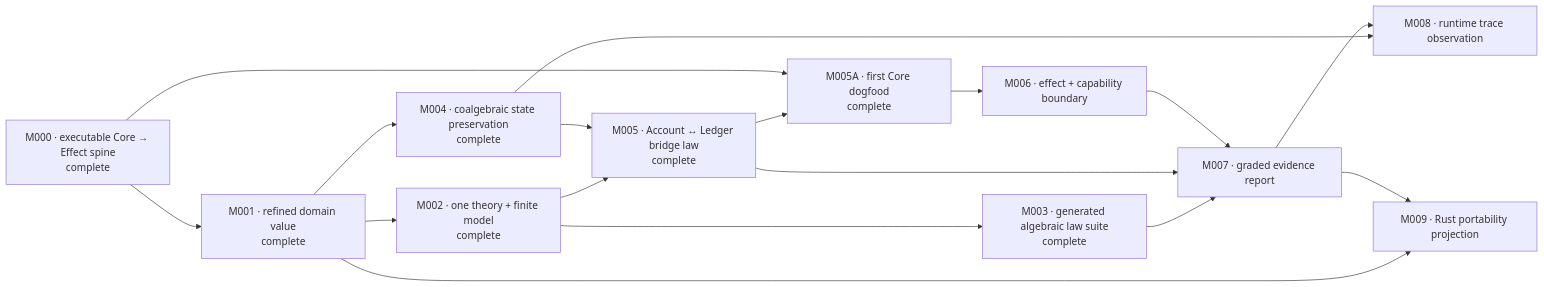
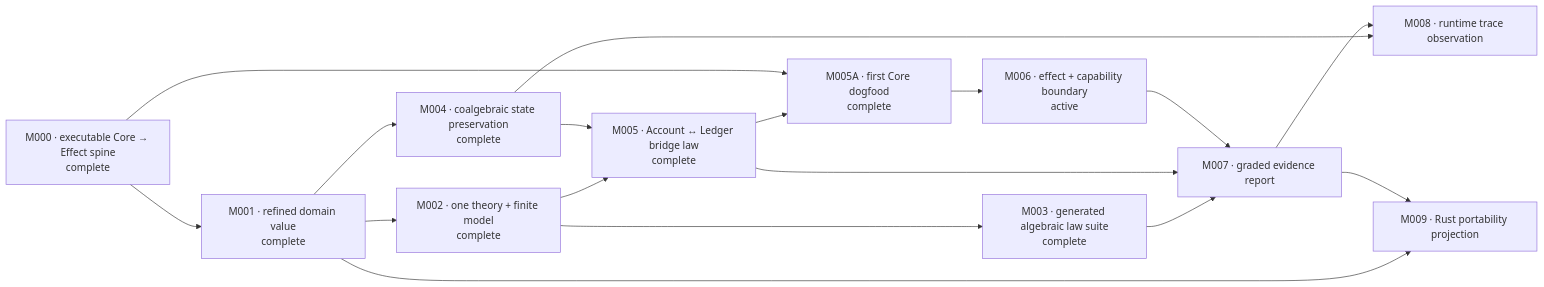
The first of 2 diagrams in CAPABILITIES.md (phibkro/bang-project), drawn with Mermaid before and after one commit. The commit also changed other lines of this file and 2 other files, not shown here.

Commit message:
docs(mission): define effectful capability boundary

````diff
--- a/CAPABILITIES.md
+++ b/CAPABILITIES.md
@@ -5,29 +5,29 @@
 ```mermaid
 flowchart LR
     M000["M000 · executable Core → Effect spine<br/>complete"]
     M001["M001 · refined domain value<br/>complete"]
     M002["M002 · one theory + finite model<br/>complete"]
     M003["M003 · generated algebraic law suite<br/>complete"]
     M004["M004 · coalgebraic state preservation<br/>complete"]
     M005["M005 · Account ↔ Ledger bridge law<br/>complete"]
     M005A["M005A · first Core dogfood<br/>complete"]
-    M006["M006 · effect + capability boundary"]
+    M006["M006 · effect + capability boundary<br/>active"]
     M007["M007 · graded evidence report"]
     M008["M008 · runtime trace observation"]
     M009["M009 · Rust portability projection"]
 
     M000 --> M001 --> M002 --> M003
     M001 --> M004
     M002 --> M005
     M004 --> M005
     M005 --> M005A
     M000 --> M005A
     M005A --> M006
     M003 --> M007
     M005 --> M007
     M006 --> M007
     M004 --> M008
     M007 --> M008
     M001 --> M009
     M007 --> M009
 ```
````
